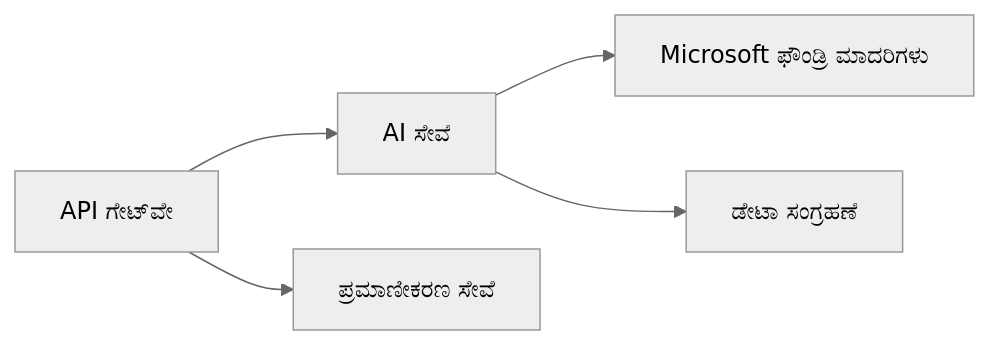
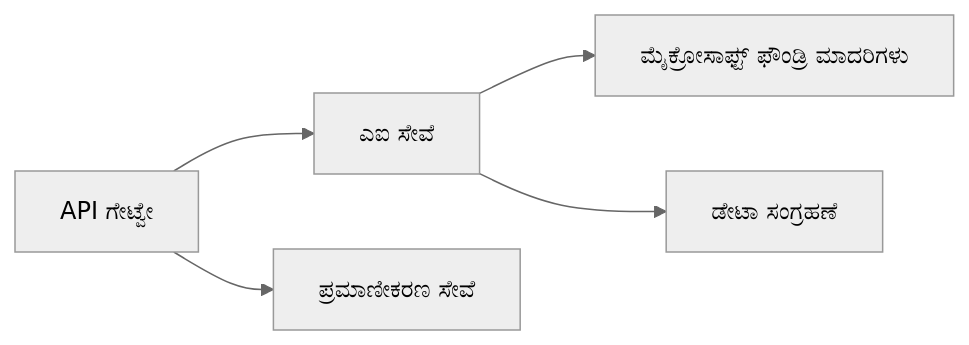
One commit to microsoft/AZD-for-beginners changed the first of 2 diagrams in translations/kn/docs/chapter-08-production/README.md. Above: the diagram before and after it, drawn with Mermaid (neutral theme). The commit also changed other lines of this file and 101 other files, not shown here.

````diff
--- a/translations/kn/docs/chapter-08-production/README.md
+++ b/translations/kn/docs/chapter-08-production/README.md
@@ -46,6 +48,6 @@
 ```mermaid
 graph LR
-    Gateway[API ಗೇಟ್‌ವೇ] --> AI[AI ಸೇವೆ] --> Models[Microsoft ಫೌಂಡ್ರಿ ಮಾದರಿಗಳು]
+    Gateway[API ಗೇಟ್ವೇ] --> AI[ಎಐ ಸೇವೆ] --> Models[ಮೈಕ್ರೋಸಾಫ್ಟ್ ಫೌಂಡ್ರಿ ಮಾದರಿಗಳು]
     Gateway --> Auth[ಪ್ರಮಾಣೀಕರಣ ಸೇವೆ]
     AI --> Data[ಡೇಟಾ ಸಂಗ್ರಹಣೆ]
 ```
````
